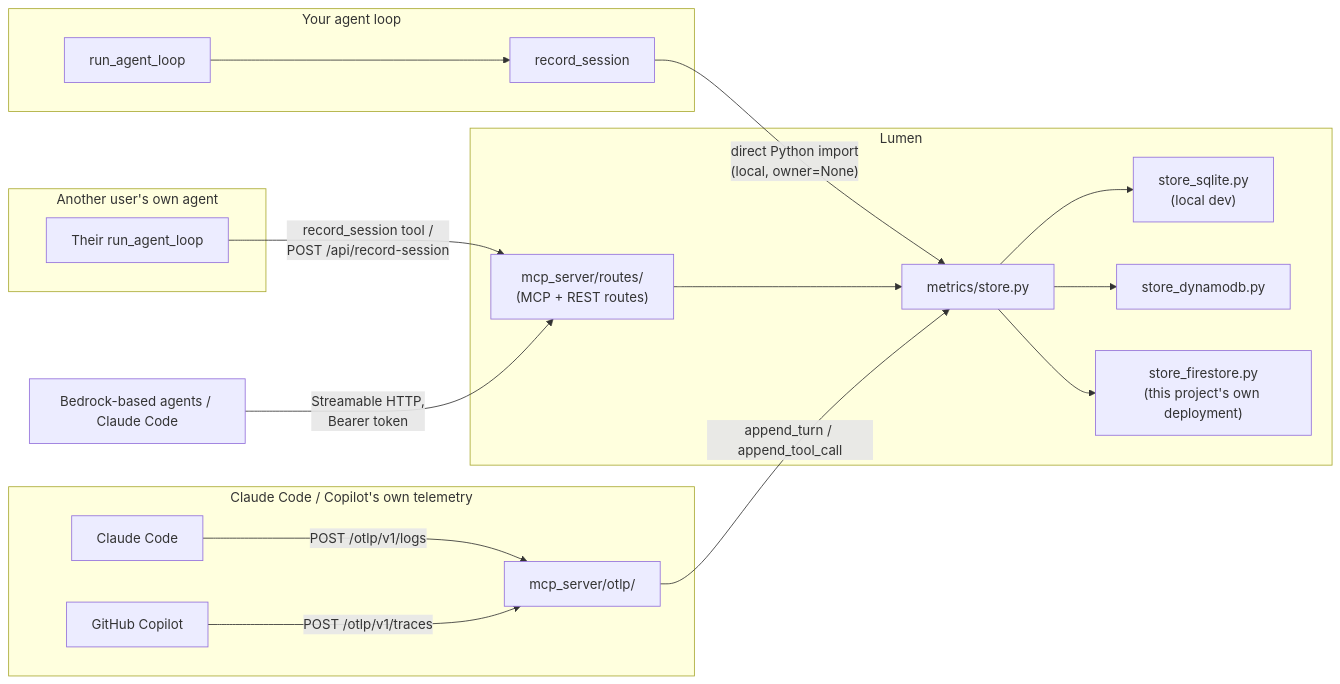
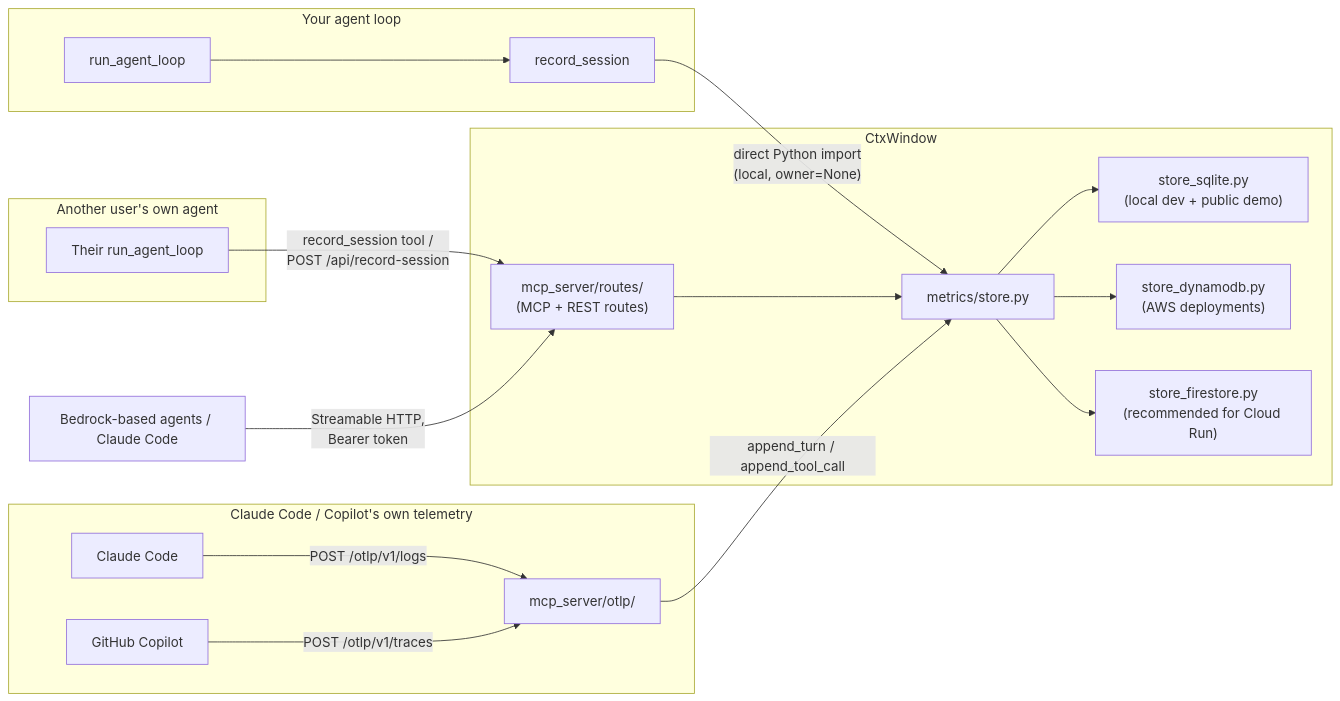
One commit to sohaibsohail98/mcp-context-inspector changed the diagram in README.md. Above: the diagram before and after it, drawn with Mermaid. The commit also changed other lines of this file and 74 other files, not shown here.

````diff
--- a/README.md
+++ b/README.md
@@ -283,26 +305,26 @@
 ```mermaid
 flowchart LR
     subgraph Agent["Your agent loop"]
         A[run_agent_loop] --> R[record_session]
     end
 
-    subgraph Package["Lumen"]
+    subgraph Package["CtxWindow"]
         R -->|"direct Python import\n(local, owner=None)"| S[metrics/store.py]
         MCP["mcp_server/routes/\n(MCP + REST routes)"] --> S
-        S --> SQ["store_sqlite.py\n(local dev)"]
-        S --> DY["store_dynamodb.py"]
-        S --> FS["store_firestore.py\n(this project's own deployment)"]
+        S --> SQ["store_sqlite.py\n(local dev + public demo)"]
+        S --> DY["store_dynamodb.py\n(AWS deployments)"]
+        S --> FS["store_firestore.py\n(recommended for Cloud Run)"]
     end
 
     subgraph Remote["Another user's own agent"]
         FR[Their run_agent_loop] -->|"record_session tool /\nPOST /api/record-session"| MCP
     end
 
     Client["Bedrock-based agents / Claude Code"] -->|"Streamable HTTP,\nBearer token"| MCP
 
     subgraph OTLPClients["Claude Code / Copilot's own telemetry"]
         CC["Claude Code"] -->|"POST /otlp/v1/logs"| OTLP
         GHC["GitHub Copilot"] -->|"POST /otlp/v1/traces"| OTLP
     end
     OTLP["mcp_server/otlp/"] -->|"append_turn / append_tool_call"| S
 ```
````
